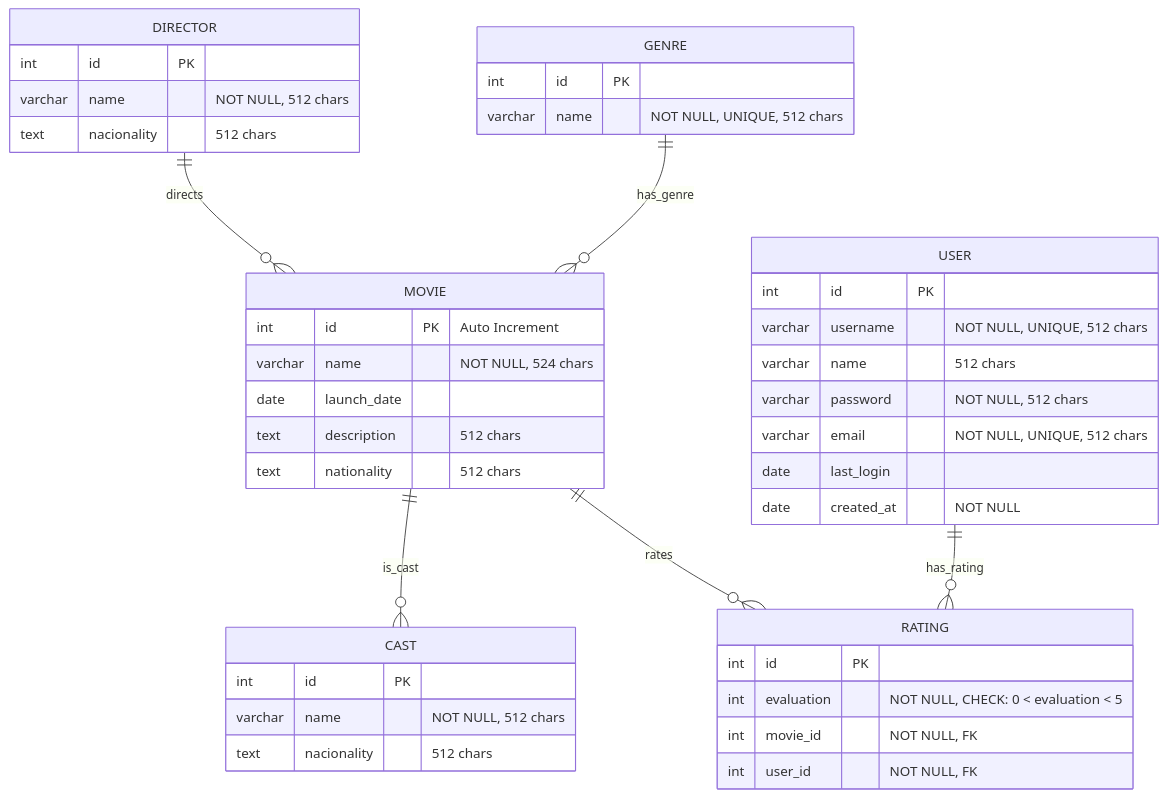
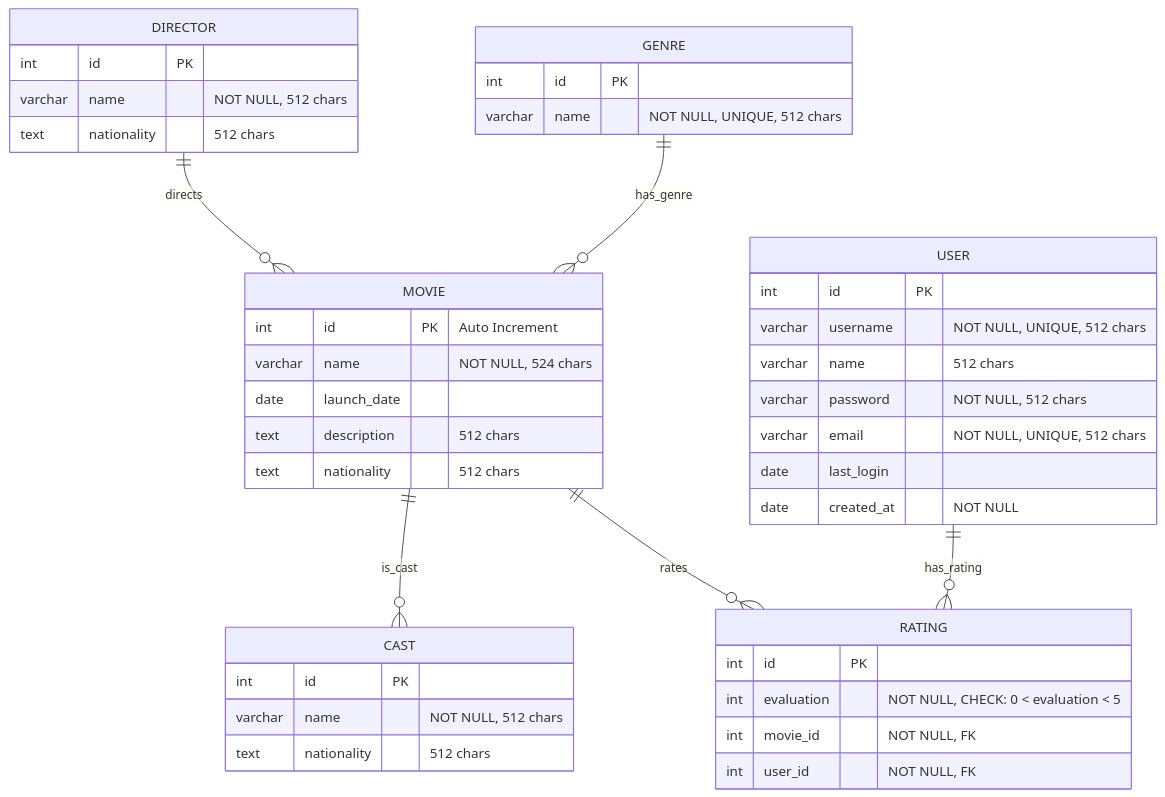
One commit to SimaoBotas2/ads-projeto changed the diagram in docs/content/ER/conceptual_diagram.md. Above: the diagram before and after it, drawn with Mermaid. The commit also changed 11 other files, not shown here.

Commit message:
Fix spelling of 'nationality' in models, schemas, and tests

````diff
--- a/docs/content/ER/conceptual_diagram.md
+++ b/docs/content/ER/conceptual_diagram.md
@@ -5,51 +5,51 @@
 ```mermaid
 erDiagram
     MOVIE {
         int id PK "Auto Increment"
         varchar name "NOT NULL, 524 chars"
         date launch_date
         text description "512 chars"
         text nationality "512 chars"
     }
     
     DIRECTOR {
         int id PK
         varchar name "NOT NULL, 512 chars"
-        text nacionality "512 chars"
+        text nationality "512 chars"
     }
     
     GENRE {
         int id PK
         varchar name "NOT NULL, UNIQUE, 512 chars"
     }
     
     CAST {
         int id PK
         varchar name "NOT NULL, 512 chars"
-        text nacionality "512 chars"
+        text nationality "512 chars"
     }
     
     RATING {
         int id PK
         int evaluation "NOT NULL, CHECK: 0 < evaluation < 5"
         int movie_id "NOT NULL, FK"
         int user_id "NOT NULL, FK"
     }
     
     USER {
         int id PK
         varchar username "NOT NULL, UNIQUE, 512 chars"
         varchar name "512 chars"
         varchar password "NOT NULL, 512 chars"
         varchar email "NOT NULL, UNIQUE, 512 chars"
         date last_login
         date created_at "NOT NULL"
     }
 
     %% Relationships
     DIRECTOR ||--o{ MOVIE : "directs"
     GENRE ||--o{ MOVIE : "has_genre"
     MOVIE ||--o{ CAST : "is_cast"
     MOVIE ||--o{ RATING : "rates"
     USER ||--o{ RATING : "has_rating"
 ```
````
